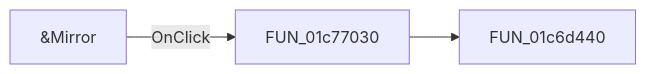
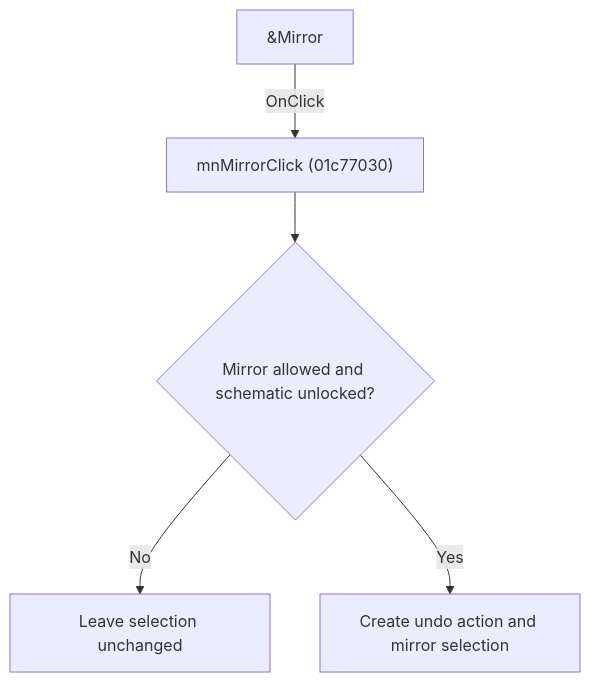
One commit to MovGP0/TIARA changed the diagram in docs/ui-controls/schematiceditor/mnmirror-44a901bf43.md. Above: the diagram before and after it, drawn with Mermaid. The commit also changed other lines of this file and 1062 other files, not shown here.

````diff
--- a/docs/ui-controls/schematiceditor/mnmirror-44a901bf43.md
+++ b/docs/ui-controls/schematiceditor/mnmirror-44a901bf43.md
@@ -27,5 +27,7 @@
 ```mermaid
-flowchart LR
-    control["&Mirror"] -->|OnClick| handler["FUN_01c77030"]
-    handler --> call1["FUN_01c6d440"]
+flowchart TD
+    control["&Mirror"] -->|"OnClick"| handler["mnMirrorClick (01c77030)"]
+    handler --> guard{"Mirror allowed and schematic unlocked?"}
+    guard -->|"No"| noChange["Leave selection unchanged"]
+    guard -->|"Yes"| action["Create undo action and mirror selection"]
 ```
````
